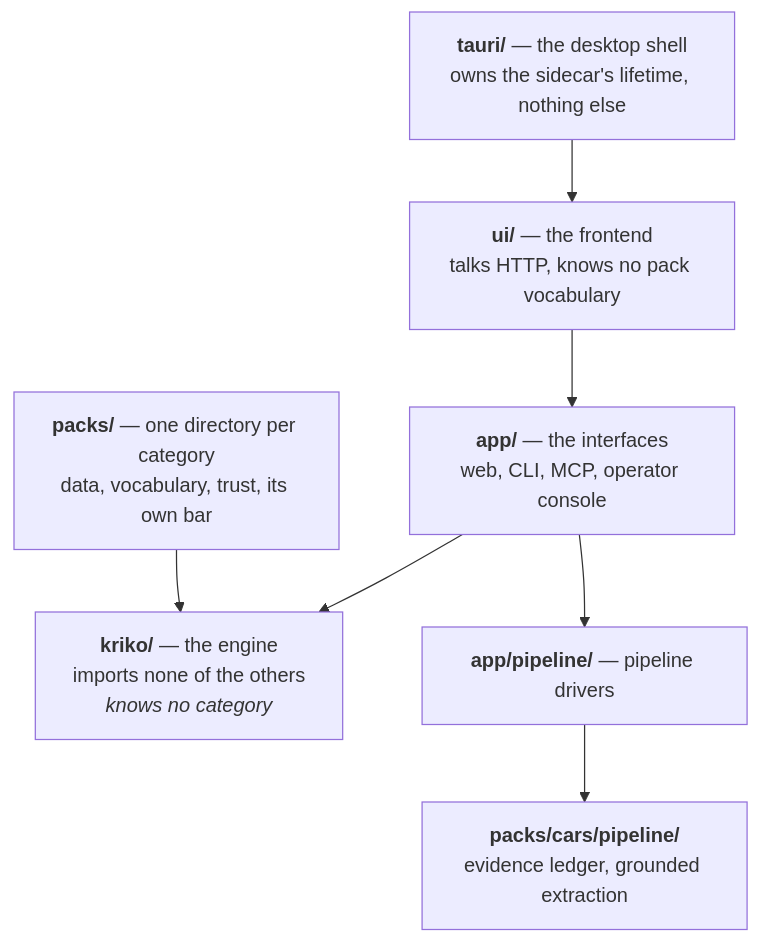
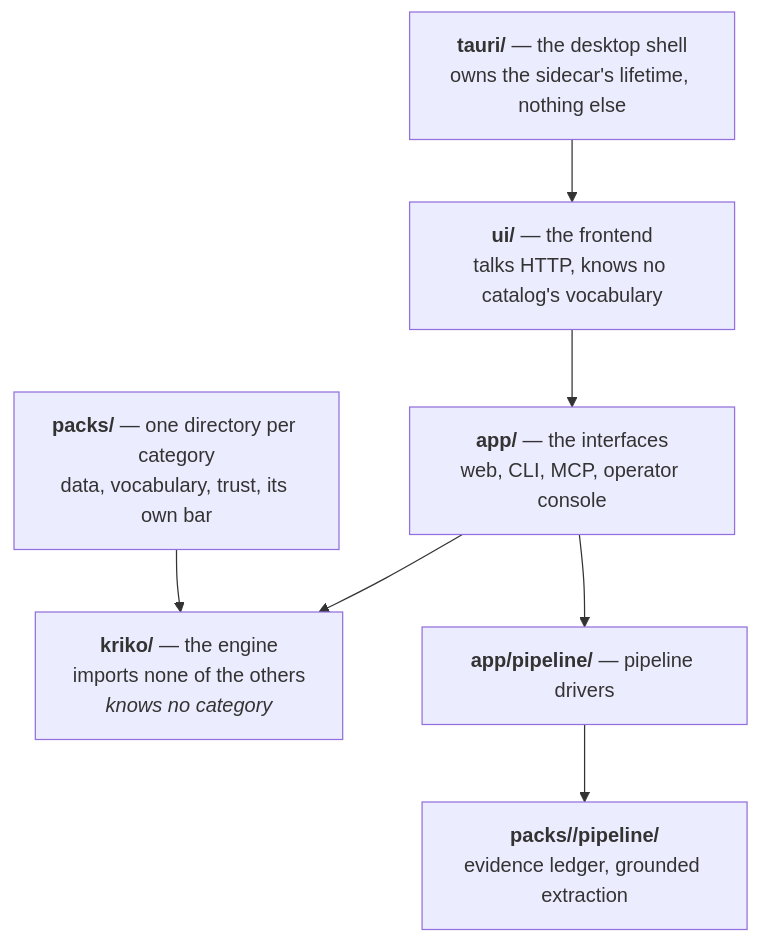
The fourth of 4 diagrams in docs/HOW_IT_WORKS.md (Berbadov/kriko), drawn with Mermaid before and after one commit. The commit also changed other lines of this file and 15 other files, not shown here.

````diff
--- a/docs/HOW_IT_WORKS.md
+++ b/docs/HOW_IT_WORKS.md
@@ -52,10 +64,10 @@
 ```mermaid
 flowchart TD
     T["<b>tauri/</b> — the desktop shell<br/>owns the sidecar's lifetime, nothing else"] --> U
-    U["<b>ui/</b> — the frontend<br/>talks HTTP, knows no pack vocabulary"] --> A
+    U["<b>ui/</b> — the frontend<br/>talks HTTP, knows no catalog's vocabulary"] --> A
     A["<b>app/</b> — the interfaces<br/>web, CLI, MCP, operator console"] --> K
     P["<b>packs/</b> — one directory per category<br/>data, vocabulary, trust, its own bar"] --> K
     A --> PL["<b>app/pipeline/</b> — pipeline drivers"]
-    PL --> PP["<b>packs/cars/pipeline/</b><br/>evidence ledger, grounded extraction"]
+    PL --> PP["<b>packs/<name>/pipeline/</b><br/>evidence ledger, grounded extraction"]
     K["<b>kriko/</b> — the engine<br/>imports none of the others<br/><i>knows no category</i>"]
 ```
````
